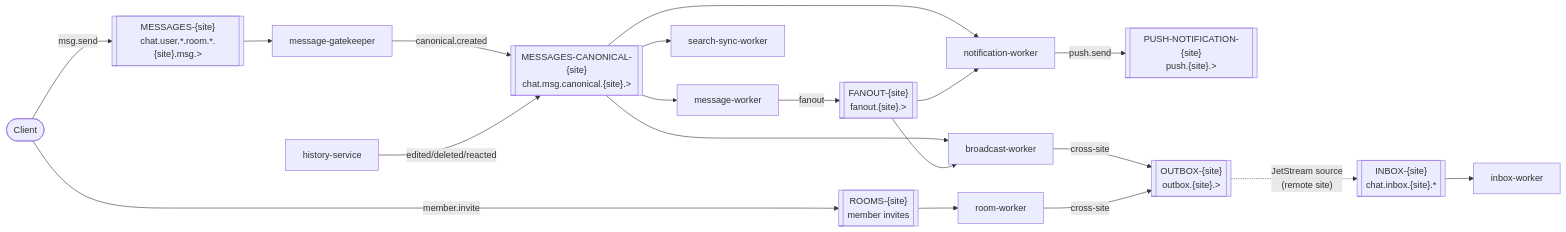
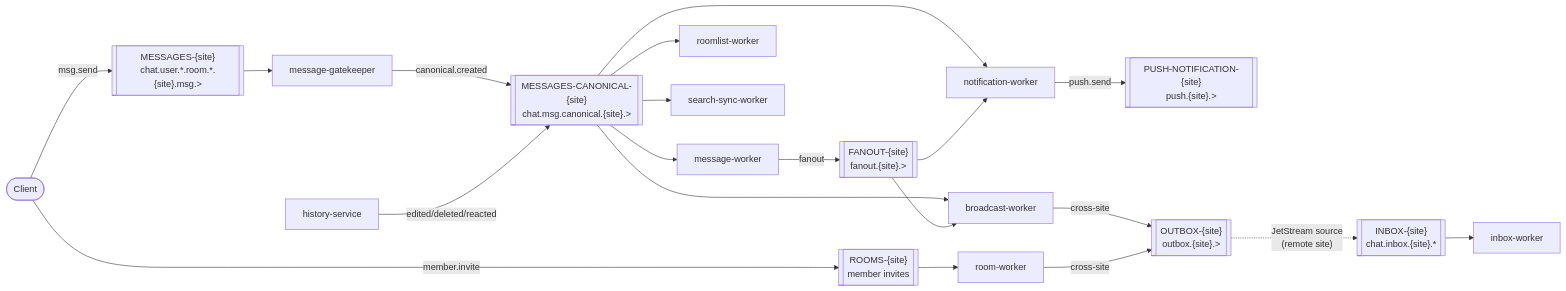
The fourth of 5 diagrams in docs/architecture.md (hmchangw/newchat), drawn with Mermaid before and after one commit. The commit also changed other lines of this file and 275 other files, not shown here.

First line of the commit message:
MongoDB outage survival, roomlist-worker extraction, shared config

````diff
--- a/docs/architecture.md
+++ b/docs/architecture.md
@@ -196,37 +199,38 @@
 ```mermaid
 flowchart LR
     Client(["Client"])
 
     MESSAGES[["MESSAGES-{site}<br/>chat.user.*.room.*.{site}.msg.&gt;"]]
     CANON[["MESSAGES-CANONICAL-{site}<br/>chat.msg.canonical.{site}.&gt;"]]
     FANOUT[["FANOUT-{site}<br/>fanout.{site}.&gt;"]]
     ROOMS[["ROOMS-{site}<br/>member invites"]]
     PUSH[["PUSH-NOTIFICATION-{site}<br/>push.{site}.&gt;"]]
     OUTBOX[["OUTBOX-{site}<br/>outbox.{site}.&gt;"]]
     INBOX[["INBOX-{site}<br/>chat.inbox.{site}.*"]]
 
     Client -->|msg.send| MESSAGES
     MESSAGES --> GK[message-gatekeeper]
     GK -->|canonical.created| CANON
 
     CANON --> MW[message-worker]
     CANON --> BW[broadcast-worker]
+    CANON --> RSW[roomlist-worker]
     CANON --> NW[notification-worker]
     CANON --> SS[search-sync-worker]
 
     MW -->|fanout| FANOUT
     FANOUT --> BW
     FANOUT --> NW
 
     Client -->|member.invite| ROOMS
     ROOMS --> RW[room-worker]
 
     NW -->|push.send| PUSH
 
     BW -->|cross-site| OUTBOX
     RW -->|cross-site| OUTBOX
     OUTBOX -. "JetStream source<br/>(remote site)" .-> INBOX
     INBOX --> IW[inbox-worker]
 
     HS[history-service] -->|edited/deleted/reacted| CANON
 ```
````
